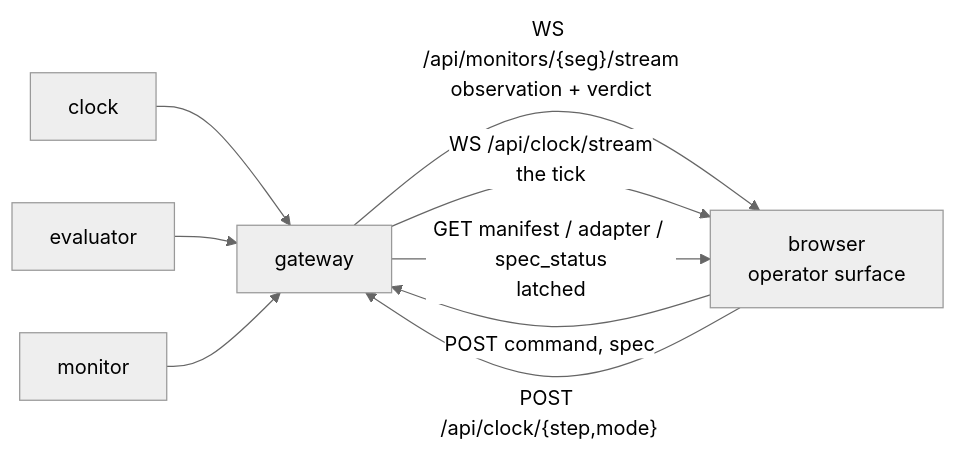
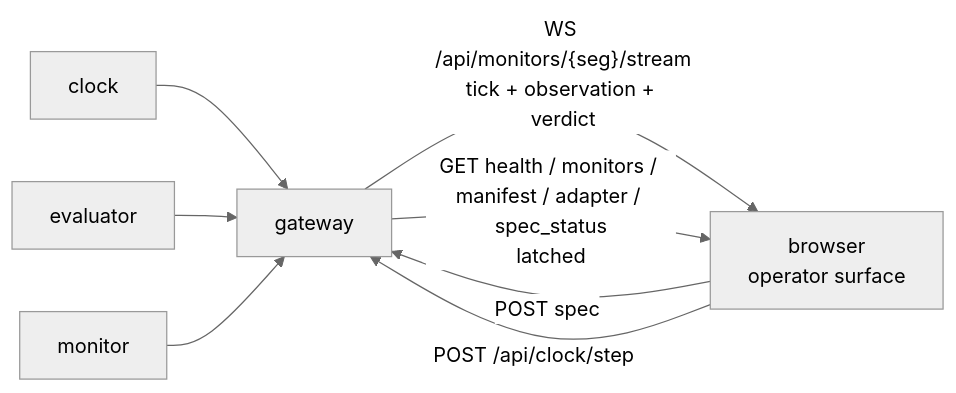
One commit to pinhas019/LtlMonitor changed the diagram in docs/packages/P7-frontend.md. Above: the diagram before and after it, drawn with Mermaid (neutral theme). The commit also changed other lines of this file and 6 other files, not shown here.

````diff
--- a/docs/packages/P7-frontend.md
+++ b/docs/packages/P7-frontend.md
@@ -17,16 +18,15 @@
 ```mermaid
 flowchart LR
   CLK["clock"]
   EVAL["evaluator"]
   MON["monitor"]
   GW["gateway"]
   FE["browser<br/>operator surface"]
   CLK --> GW
   EVAL --> GW
   MON --> GW
-  GW -- "WS /api/monitors/{seg}/stream<br/>observation + verdict" --> FE
-  GW -- "WS /api/clock/stream<br/>the tick" --> FE
-  GW -- "GET manifest / adapter / spec_status<br/>latched" --> FE
-  FE -- "POST command, spec" --> GW
-  FE -- "POST /api/clock/{step,mode}" --> GW
+  GW -- "WS /api/monitors/{seg}/stream<br/>tick + observation + verdict" --> FE
+  GW -- "GET health / monitors / manifest / adapter / spec_status<br/>latched" --> FE
+  FE -- "POST spec" --> GW
+  FE -- "POST /api/clock/step" --> GW
 ```
````
